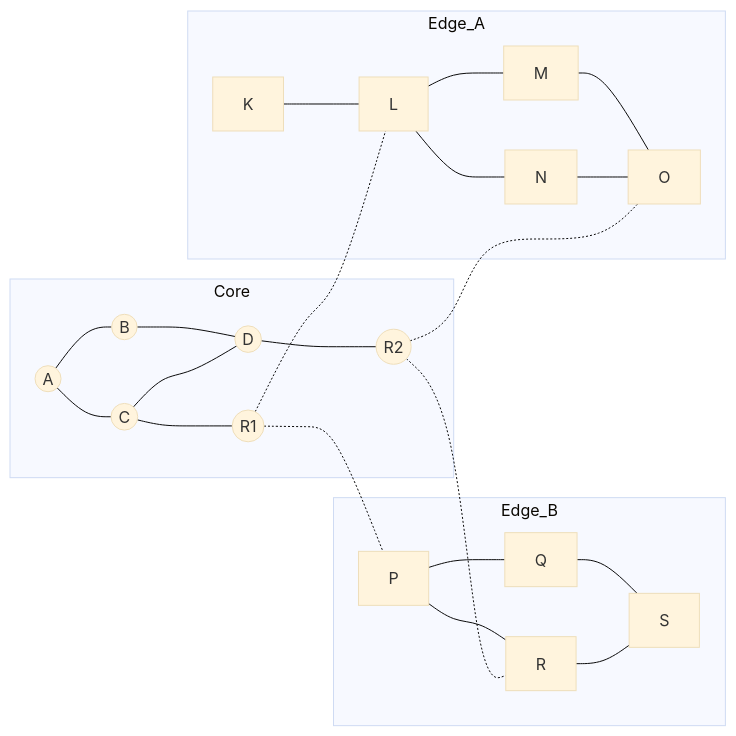
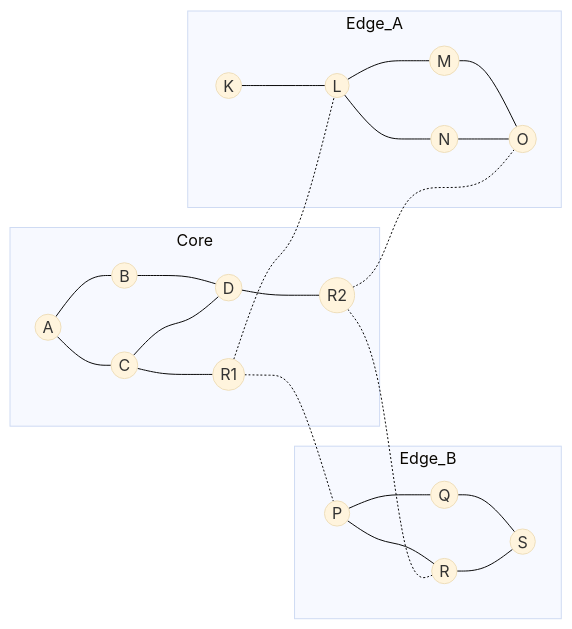
Before and after one commit to anoma/anoma-blog: the third of 4 diagrams in tg-x/network-architecture.md, drawn with Mermaid (base theme). The commit also changed other lines of this file, not shown here.

Commit message:
network architecture

````diff
--- a/tg-x/network-architecture.md
+++ b/tg-x/network-architecture.md
@@ -115,27 +118,38 @@
 ```mermaid
 flowchart LR
 
 subgraph Core
   A((A))
   B((B))
   C((C))
   D((D))
   R1((R1))
   R2((R2))
-  
+
   A --- B & C --- D
   C --- R1
   D --- R2
 end
 
 subgraph Edge_A
+  K((K))
+  L((L))
+  M((M))
+  N((N))
+  O((O))
+
   K --- L --- M & N --- O
 end
 
 subgraph Edge_B
+  P((P))
+  Q((Q))
+  R((R))
+  S((S))
+
   P --- Q & R --- S
 end
 
 R1 -.- L & P
 R2 -.- O & R
 ```
````
